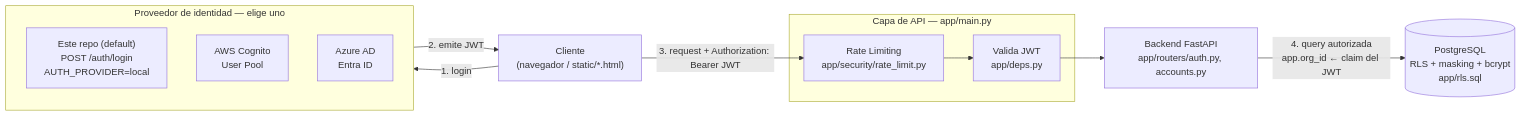
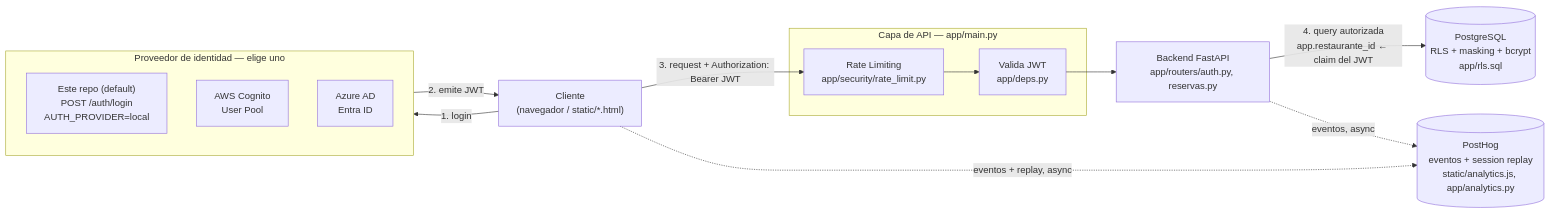
One commit to ngonza27/trayectoria_dllo_software changed the diagram in clase10-testing-seguridad/docs/security-architecture.md. Above: the diagram before and after it, drawn with Mermaid. The commit also changed other lines of this file and 37 other files, not shown here.

````diff
--- a/clase10-testing-seguridad/docs/security-architecture.md
+++ b/clase10-testing-seguridad/docs/security-architecture.md
@@ -9,24 +9,27 @@
 ```mermaid
 graph LR
     Client["Cliente<br/>(navegador / static/*.html)"]
 
     subgraph IdP["Proveedor de identidad — elige uno"]
         Local["Este repo (default)<br/>POST /auth/login<br/>AUTH_PROVIDER=local"]
         Cognito["AWS Cognito<br/>User Pool"]
         Azure["Azure AD<br/>Entra ID"]
     end
 
     subgraph API["Capa de API — app/main.py"]
         RateLimit["Rate Limiting<br/>app/security/rate_limit.py"]
         JWTValidate["Valida JWT<br/>app/deps.py"]
     end
 
-    Backend["Backend FastAPI<br/>app/routers/auth.py, accounts.py"]
+    Backend["Backend FastAPI<br/>app/routers/auth.py, reservas.py"]
     DB[("PostgreSQL<br/>RLS + masking + bcrypt<br/>app/rls.sql")]
+    PostHog[("PostHog<br/>eventos + session replay<br/>static/analytics.js, app/analytics.py")]
 
     Client -->|1. login| IdP
     IdP -->|2. emite JWT| Client
     Client -->|3. request + Authorization: Bearer JWT| RateLimit
     RateLimit --> JWTValidate --> Backend
-    Backend -->|4. query autorizada<br/>app.org_id ← claim del JWT| DB
+    Backend -->|4. query autorizada<br/>app.restaurante_id ← claim del JWT| DB
+    Client -.->|eventos + replay, async| PostHog
+    Backend -.->|eventos, async| PostHog
 ```
````
